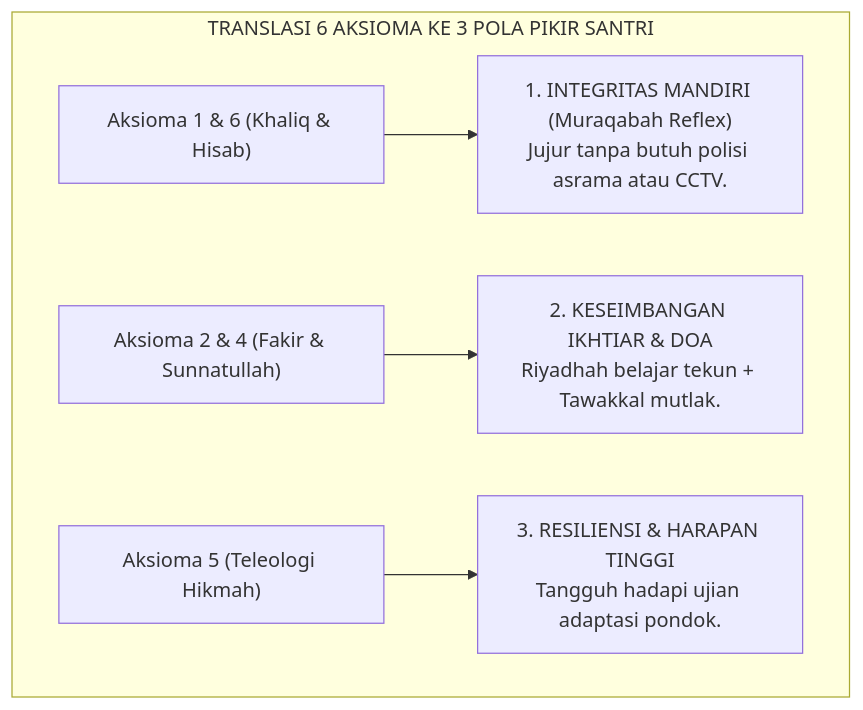
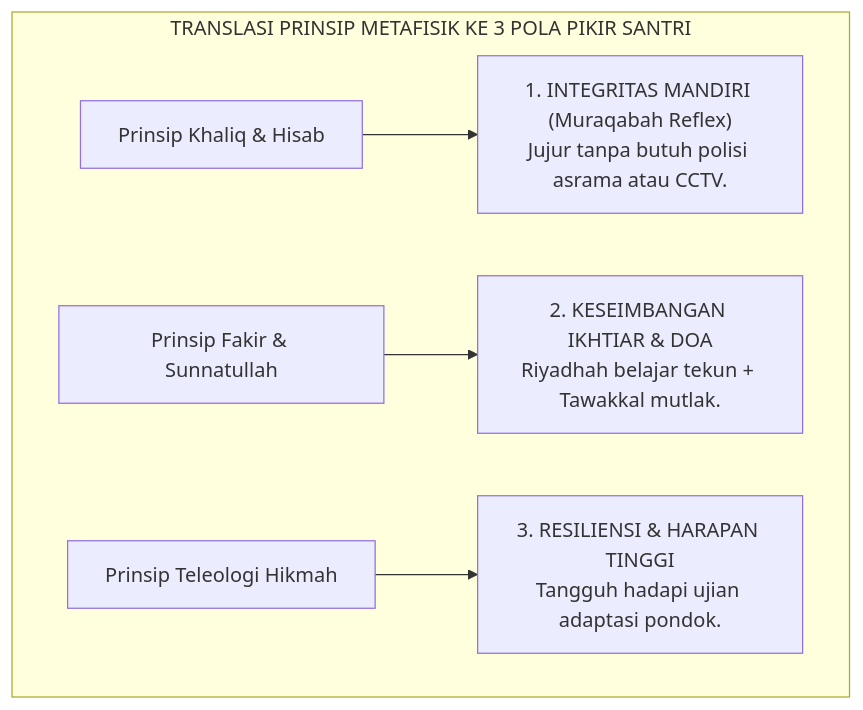
The fifth of 5 diagrams in 01 Philosophy/01 Worldview/P1-01-01-02-Kajian-Dialektika-Inkuiri-dan-Tanya-Jawab-Aksioma-Realitas.md (wandiapriliyandi/tumbuh), drawn with Mermaid before and after one commit. The commit also changed other lines of this file and 1 other file, not shown here.

````diff
--- a/01 Philosophy/01 Worldview/P1-01-01-02-Kajian-Dialektika-Inkuiri-dan-Tanya-Jawab-Aksioma-Realitas.md
+++ b/01 Philosophy/01 Worldview/P1-01-01-02-Kajian-Dialektika-Inkuiri-dan-Tanya-Jawab-Aksioma-Realitas.md
@@ -175,8 +184,8 @@
 ```mermaid
 flowchart TD
-    subgraph DariAksiomaKeMindset["TRANSLASI 6 AKSIOMA KE 3 POLA PIKIR SANTRI"]
-        A1A6["Aksioma 1 & 6 (Khaliq & Hisab)"] --> M1["1. INTEGRITAS MANDIRI (Muraqabah Reflex)<br/>Jujur tanpa butuh polisi asrama atau CCTV."]
-        A2A4["Aksioma 2 & 4 (Fakir & Sunnatullah)"] --> M2["2. KESEIMBANGAN IKHTIAR & DOA<br/>Riyadhah belajar tekun + Tawakkal mutlak."]
-        A5["Aksioma 5 (Teleologi Hikmah)"] --> M3["3. RESILIENSI & HARAPAN TINGGI<br/>Tangguh hadapi ujian adaptasi pondok."]
+    subgraph DariAksiomaKeMindset["TRANSLASI PRINSIP METAFISIK KE 3 POLA PIKIR SANTRI"]
+        P1P6["Prinsip Khaliq & Hisab"] --> M1["1. INTEGRITAS MANDIRI (Muraqabah Reflex)<br/>Jujur tanpa butuh polisi asrama atau CCTV."]
+        P2P4["Prinsip Fakir & Sunnatullah"] --> M2["2. KESEIMBANGAN IKHTIAR & DOA<br/>Riyadhah belajar tekun + Tawakkal mutlak."]
+        P5["Prinsip Teleologi Hikmah"] --> M3["3. RESILIENSI & HARAPAN TINGGI<br/>Tangguh hadapi ujian adaptasi pondok."]
     end
 ```
````
